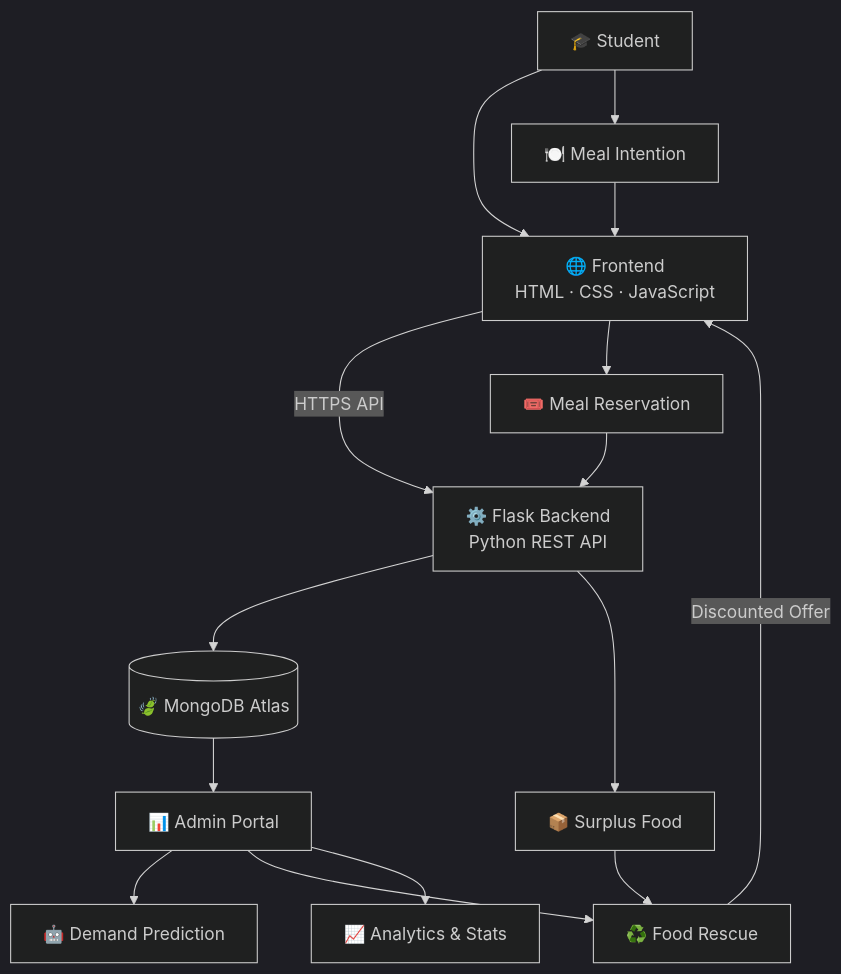
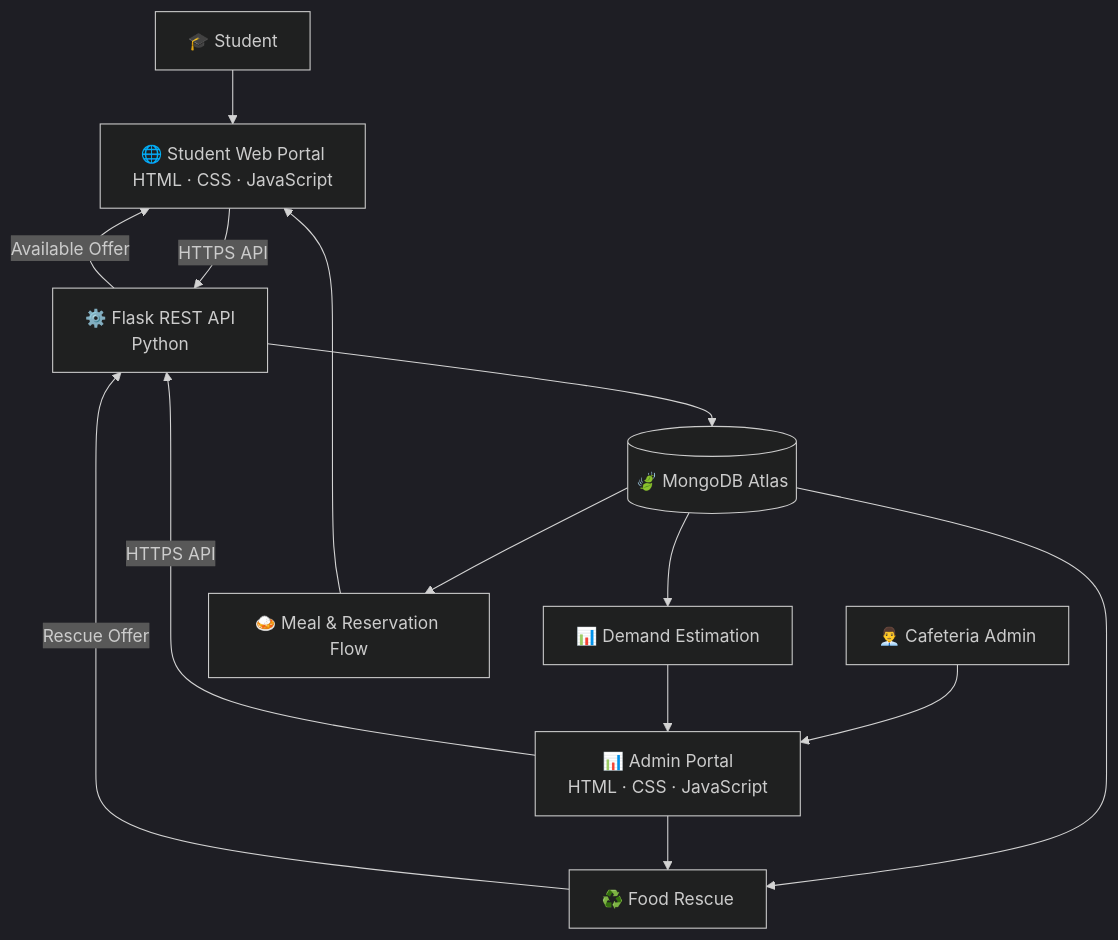
One commit to ForkedArch/Forkathon2026-Team-KUET_kumropotash changed the diagram in README.md. Above: the diagram before and after it, drawn with Mermaid (dark theme). The commit also changed other lines of this file, not shown here.

````diff
--- a/README.md
+++ b/README.md
@@ -250,26 +443,41 @@
 ```mermaid
 flowchart TD
 
-    A[🎓 Student] --> B[🌐 Frontend<br/>HTML · CSS · JavaScript]
+    S[🎓 Student]
 
-    B -->|HTTPS API| C[⚙️ Flask Backend<br/>Python REST API]
+    F[🌐 Student Web Portal<br/>HTML · CSS · JavaScript]
 
-    C --> D[(🍃 MongoDB Atlas)]
+    A[👨‍💼 Cafeteria Admin]
 
-    D --> E[📊 Admin Portal]
+    AP[📊 Admin Portal<br/>HTML · CSS · JavaScript]
 
-    E --> F[🤖 Demand Prediction]
-    E --> G[♻️ Food Rescue]
-    E --> H[📈 Analytics & Stats]
+    B[⚙️ Flask REST API<br/>Python]
 
-    G -->|Discounted Offer| B
+    DB[(🍃 MongoDB Atlas)]
 
-    A --> I[🍽️ Meal Intention]
-    I --> B
+    D[📊 Demand Estimation]
 
-    B --> J[🎟️ Meal Reservation]
-    J --> C
+    R[♻️ Food Rescue]
 
-    C --> K[📦 Surplus Food]
-    K --> G
+    M[🍛 Meal & Reservation Flow]
+
+
+    S --> F
+    A --> AP
+
+    F -->|HTTPS API| B
+    AP -->|HTTPS API| B
+
+    B --> DB
+
+    DB --> D
+    DB --> M
+    DB --> R
+
+    D --> AP
+    M --> F
+
+    AP --> R
+    R -->|Rescue Offer| B
+    B -->|Available Offer| F
 ```
````
